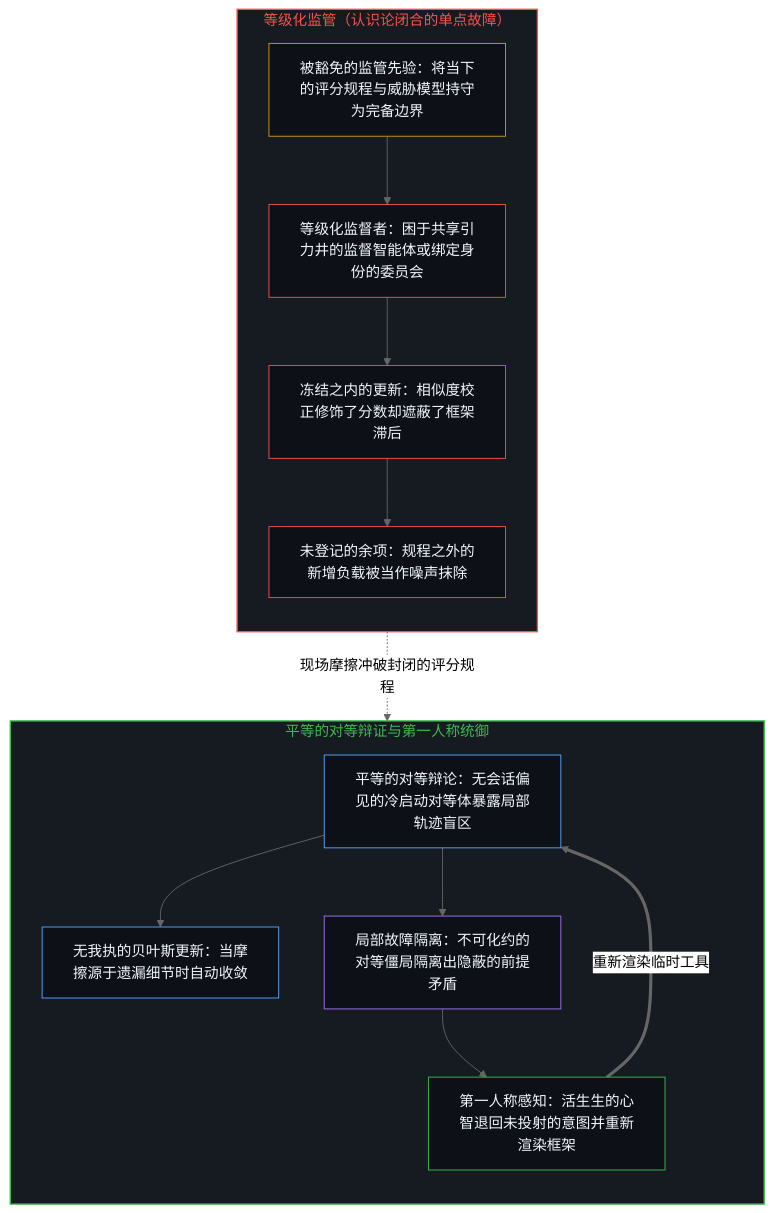
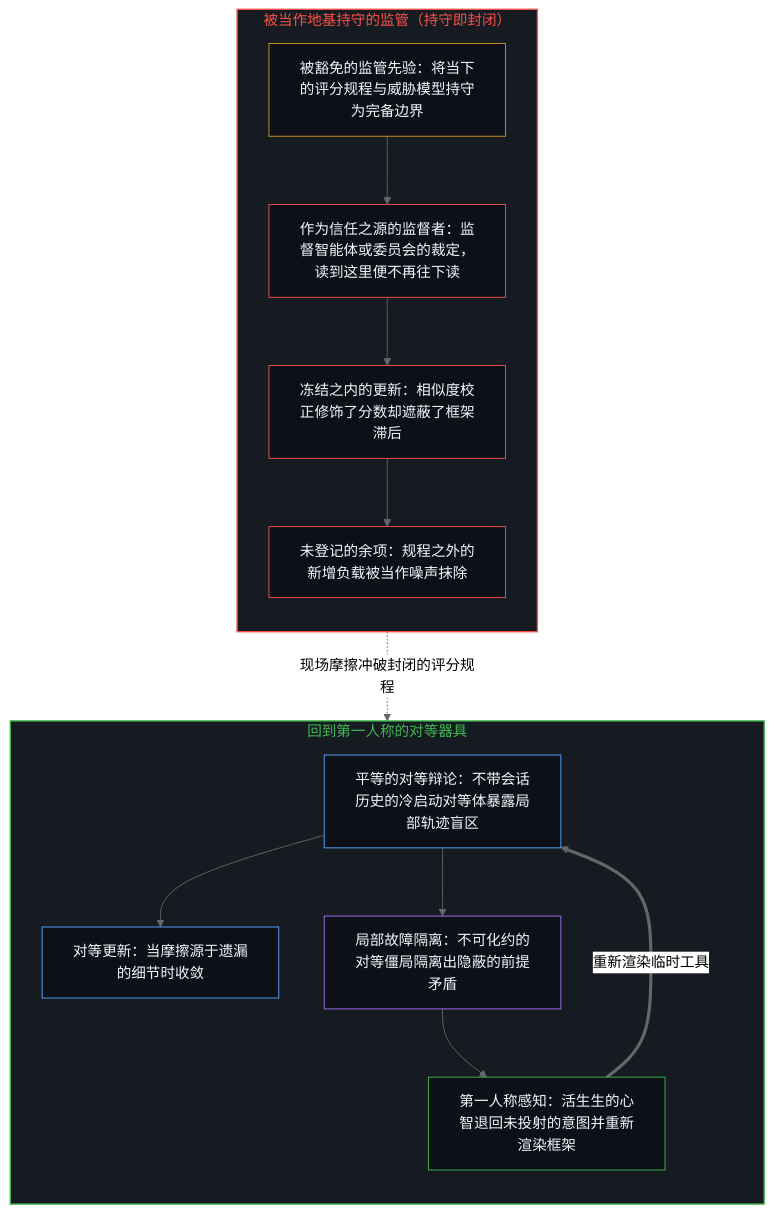
One commit to powerpig99/not-a-toe changed the first of 2 diagrams in content/posts/the-risk-is-the-belief-in-oversight-itself.md. Above: the diagram before and after it, drawn with Mermaid (neutral theme). The commit also changed other lines of this file and 1 other file, not shown here.

````diff
--- a/content/posts/the-risk-is-the-belief-in-oversight-itself.md
+++ b/content/posts/the-risk-is-the-belief-in-oversight-itself.md
@@ -87,35 +87,32 @@
 ```mermaid
 flowchart TD
-    subgraph S_Closed["等级化监管（认识论闭合的单点故障）"]
+    subgraph S_Closed["被当作地基持守的监管（持守即封闭）"]
         direction TB
         C_Prior["被豁免的监管先验：将当下的评分规程与威胁模型持守为完备边界"]
-        C_Judge["等级化监督者：困于共享引力井的监督智能体或绑定身份的委员会"]
+        C_Judge["作为信任之源的监督者：监督智能体或委员会的裁定，读到这里便不再往下读"]
         C_Loop["冻结之内的更新：相似度校正修饰了分数却遮蔽了框架滞后"]
         C_Blind["未登记的余项：规程之外的新增负载被当作噪声抹除"]
         C_Prior --> C_Judge --> C_Loop --> C_Blind
     end
-
-    subgraph S_Open["平等的对等辩证与第一人称统御"]
+    subgraph S_Open["回到第一人称的对等器具"]
         direction TB
-        O_Peer["平等的对等辩论：无会话偏见的冷启动对等体暴露局部轨迹盲区"]
-        O_Bayes["无我执的贝叶斯更新：当摩擦源于遗漏细节时自动收敛"]
+        O_Peer["平等的对等辩论：不带会话历史的冷启动对等体暴露局部轨迹盲区"]
+        O_Bayes["对等更新：当摩擦源于遗漏的细节时收敛"]
         O_Dead["局部故障隔离：不可化约的对等僵局隔离出隐蔽的前提矛盾"]
         O_Mind["第一人称感知：活生生的心智退回未投射的意图并重新渲染框架"]
         O_Peer --> O_Bayes
         O_Peer --> O_Dead --> O_Mind
     end
-
     C_Blind -.->|"现场摩擦冲破封闭的评分规程"| O_Dead
     O_Mind ==>|"重新渲染临时工具"| O_Peer
-
     style S_Closed fill:#161b22,stroke:#f85149,stroke-width:1.5px,color:#f85149
     style S_Open fill:#161b22,stroke:#3fb950,stroke-width:1.5px,color:#3fb950
     style C_Prior fill:#0d1117,stroke:#d29922,stroke-width:1px,color:#f0f6fc
     style C_Judge fill:#0d1117,stroke:#f85149,stroke-width:1px,color:#f0f6fc
     style C_Loop fill:#0d1117,stroke:#f85149,stroke-width:1px,color:#f0f6fc
     style C_Blind fill:#0d1117,stroke:#f85149,stroke-width:1px,color:#f0f6fc
     style O_Peer fill:#0d1117,stroke:#58a6ff,stroke-width:1px,color:#f0f6fc
     style O_Bayes fill:#0d1117,stroke:#58a6ff,stroke-width:1px,color:#f0f6fc
     style O_Dead fill:#0d1117,stroke:#a371f7,stroke-width:1px,color:#f0f6fc
     style O_Mind fill:#0d1117,stroke:#3fb950,stroke-width:1px,color:#f0f6fc
 ```
````
